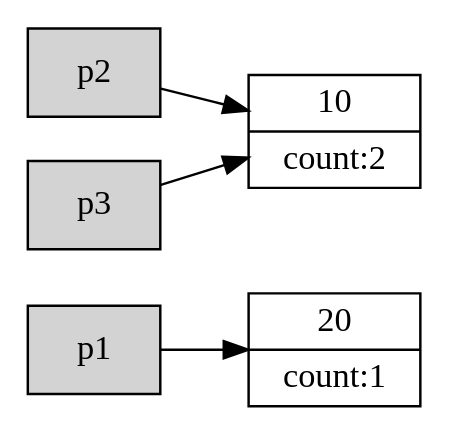
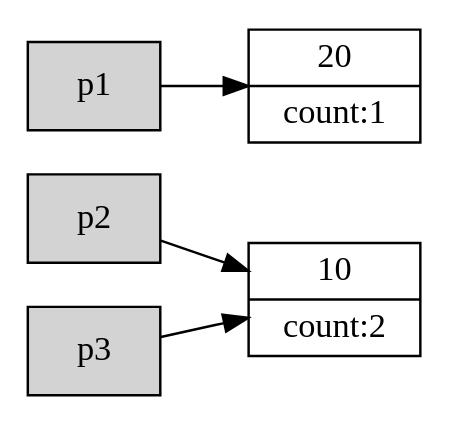
One commit to dmgerman/csc116ModernCplusplus changed the third of 7 diagrams in lectures/l-12-dynamic-memory/l-12-dynamic-memory.org. Above: the diagram before and after it, drawn with Graphviz. The commit also changed other lines of this file, not shown here.

```diff
--- a/lectures/l-12-dynamic-memory/l-12-dynamic-memory.org
+++ b/lectures/l-12-dynamic-memory/l-12-dynamic-memory.org
@@ -534,16 +534,13 @@
 #+begin_src dot :file before3.png :cmdline -Tpng :exports none :results silent
 digraph { 
          graph [fontname = "Helvetica"]
          rankdir=LR;
          node [shape = rectangle,style=filled];
          
-#         nullptr [color=black,fontcolor=white];
-
+         1 [style=nonfilled,label="10|count:2",shape=record];
          2 [style=nonfilled,label="20|count:1",shape=record];
-         1 [style=nonfilled,label="10|count:2",shape=record];
-
-         p1 -> 2
+         p1 -> 2;
          p2 -> 1;
          p3 -> 1;
 } 
 #+end_src
```
